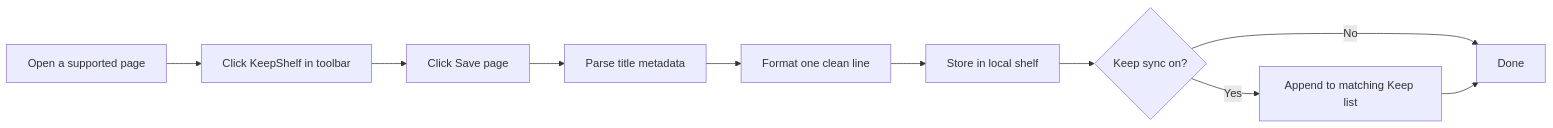
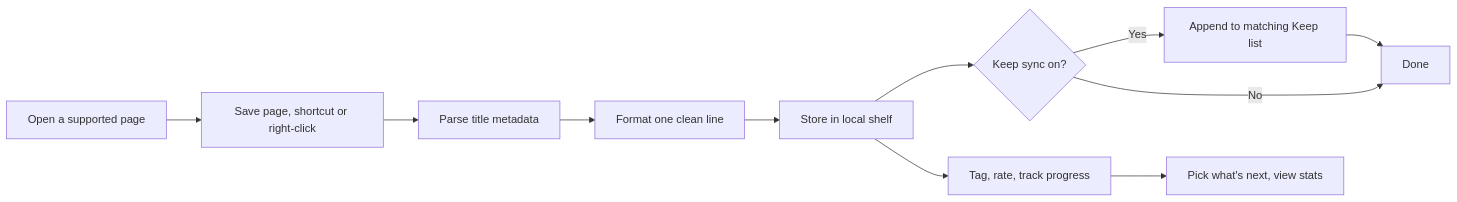
Before and after one commit to THEFZNKHAN/KeepShelf: the diagram in README.md, drawn with Mermaid. The commit also changed other lines of this file, not shown here.

First line of the commit message:
Rewrite README for the new shelf features

````diff
--- a/README.md
+++ b/README.md
@@ -121,12 +122,13 @@
 ```mermaid
 flowchart LR
-  browse[Open a supported page] --> popup[Click KeepShelf in toolbar]
-  popup --> save[Click Save page]
+  browse[Open a supported page] --> save[Save page, shortcut or right-click]
   save --> parse[Parse title metadata]
   parse --> format[Format one clean line]
   format --> shelf[Store in local shelf]
   shelf --> keep{Keep sync on?}
   keep -->|Yes| append[Append to matching Keep list]
   keep -->|No| done[Done]
   append --> done
+  shelf --> organise[Tag, rate, track progress]
+  organise --> insights[Pick what's next, view stats]
 ```
````
